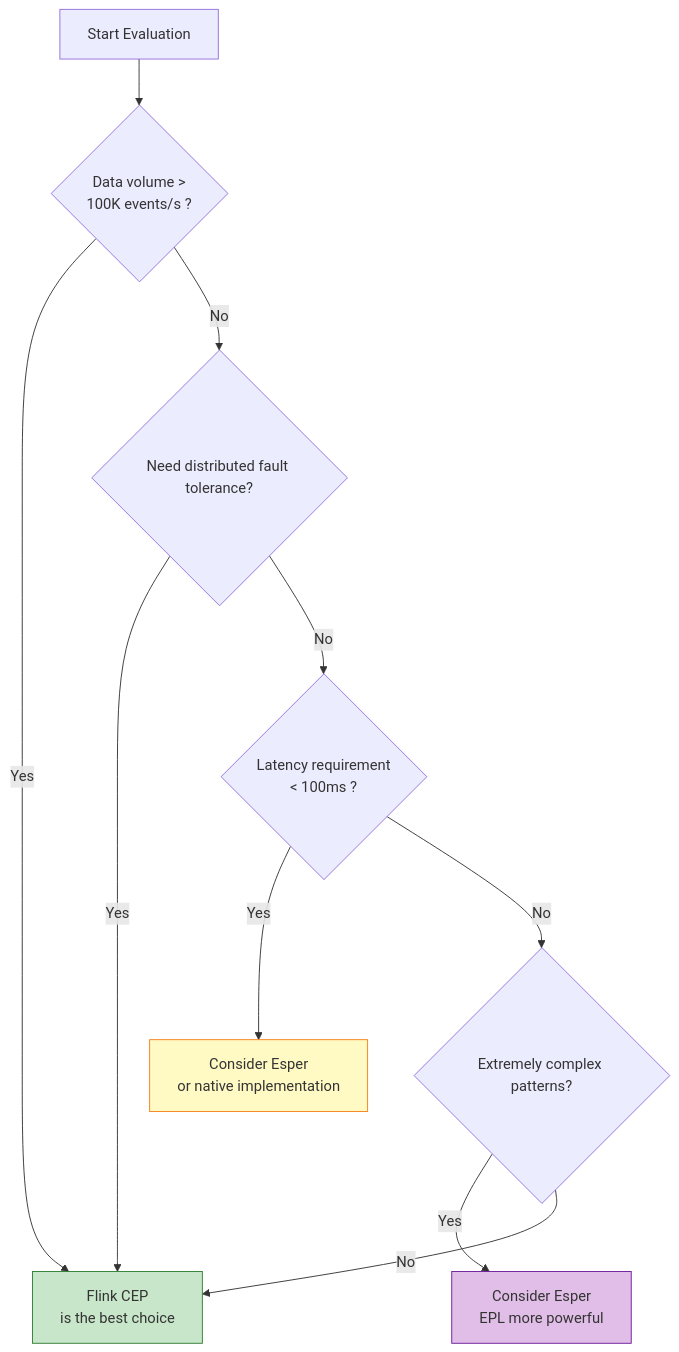
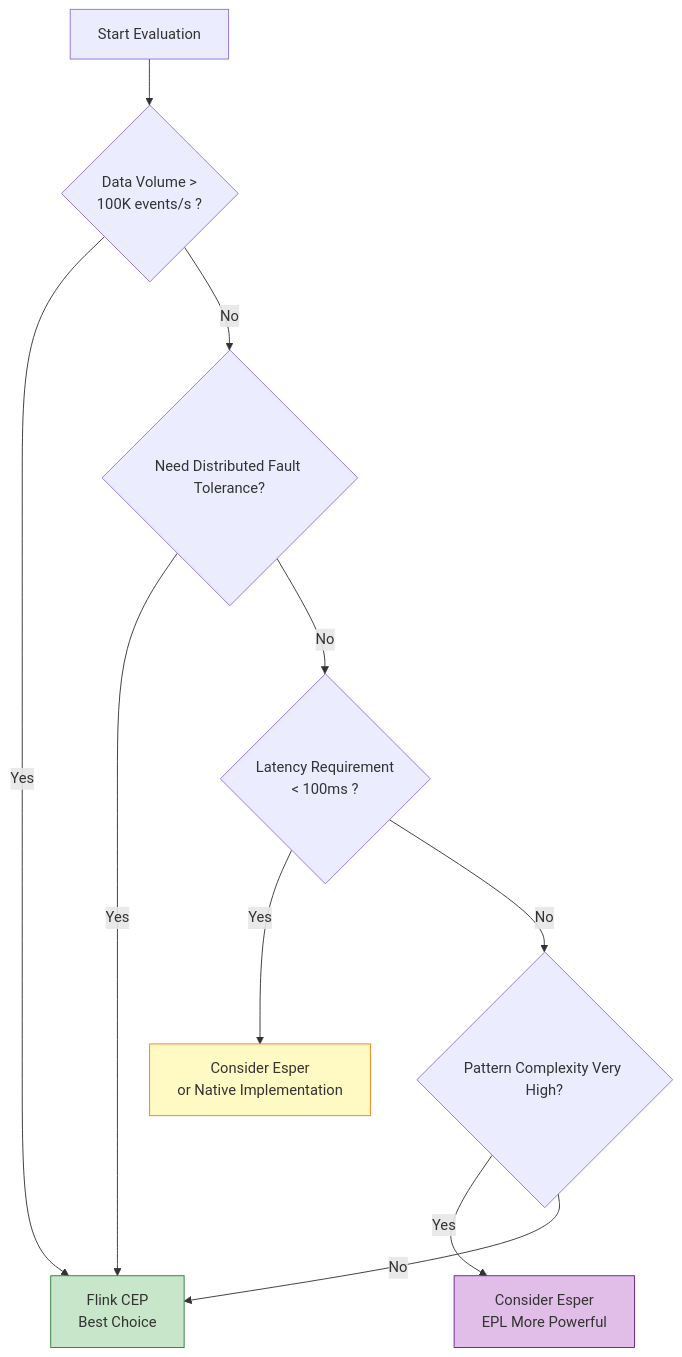
Before and after one commit to AdaMartin18010/AnalysisDataFlow: the third of 3 diagrams in i18n/en/Knowledge/02-design-patterns/pattern-cep-complex-event-en.md, drawn with Mermaid. The commit also changed other lines of this file and 679 other files, not shown here.

````diff
--- a/i18n/en/Knowledge/02-design-patterns/pattern-cep-complex-event-en.md
+++ b/i18n/en/Knowledge/02-design-patterns/pattern-cep-complex-event-en.md
@@ -504,16 +952,16 @@
 ```mermaid
 flowchart TD
-    A[Start Evaluation] --> B{Data volume ><br/>100K events/s ?}
-    B -->|Yes| C[Flink CEP<br/>is the best choice]
-    B -->|No| D{Need distributed fault tolerance?}
+    A[Start Evaluation] --> B{Data Volume > <br/>100K events/s ?}
+    B -->|Yes| C[Flink CEP<br/>Best Choice]
+    B -->|No| D{Need Distributed Fault Tolerance?}
     D -->|Yes| C
-    D -->|No| E{Latency requirement <br/>< 100ms ?}
-    E -->|Yes| F[Consider Esper<br/>or native implementation]
-    E -->|No| G{Extremely complex patterns?}
-    G -->|Yes| H[Consider Esper<br/>EPL more powerful]
+    D -->|No| E{Latency Requirement <br/>< 100ms ?}
+    E -->|Yes| F[Consider Esper<br/>or Native Implementation]
+    E -->|No| G{Pattern Complexity Very High?}
+    G -->|Yes| H[Consider Esper<br/>EPL More Powerful]
     G -->|No| C
 
     style C fill:#c8e6c9,stroke:#2e7d32
     style F fill:#fff9c4,stroke:#f57f17
     style H fill:#e1bee7,stroke:#6a1b9a
 ```
````
